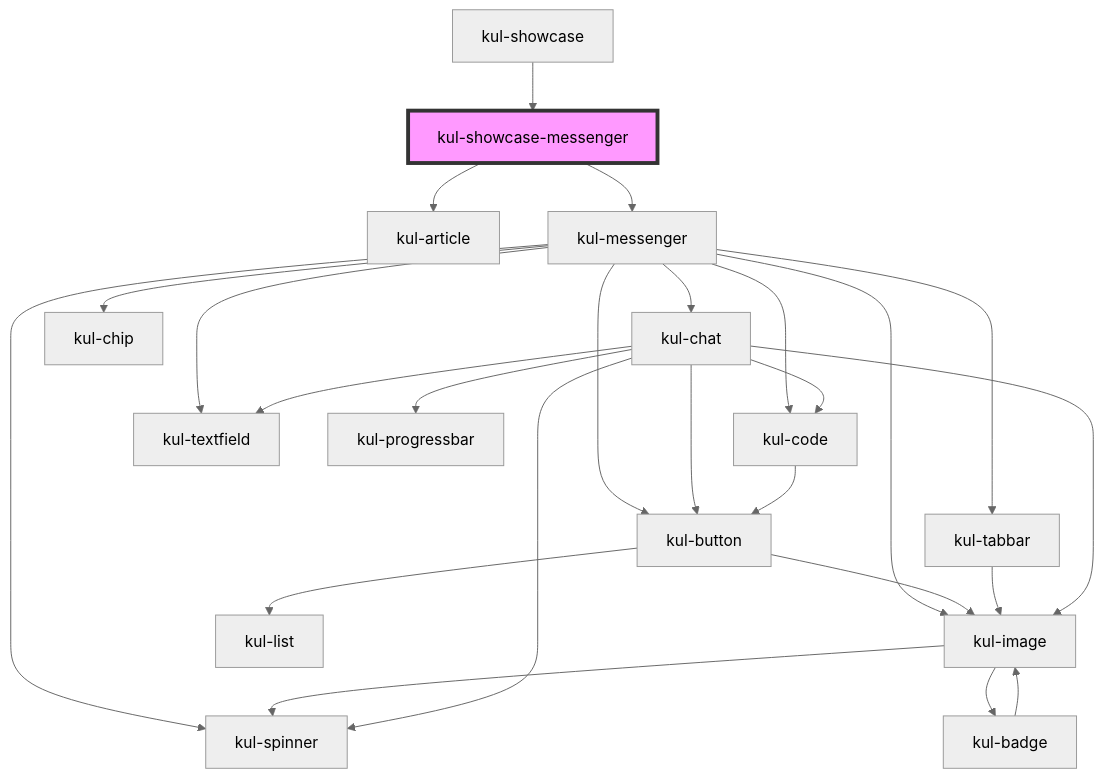
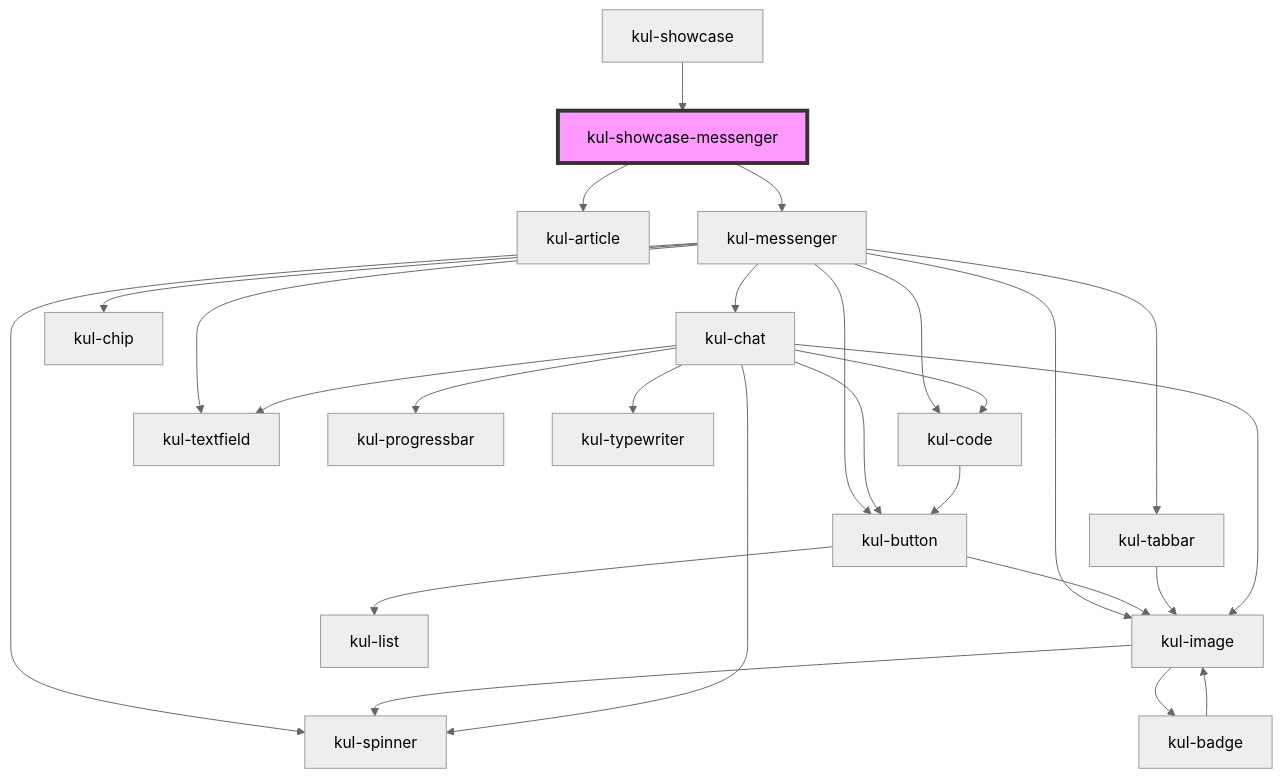
The diagram in packages/ketchup-lite/src/components/kul-showcase/components/messenger/readme.md (lucafoscili/ketchup-lite), drawn with Mermaid (neutral theme) before and after one commit. The commit also changed 12 other files, not shown here.

Commit message:
feat(chat): added typewriter effect to assistant messages

````diff
--- a/packages/ketchup-lite/src/components/kul-showcase/components/messenger/readme.md
+++ b/packages/ketchup-lite/src/components/kul-showcase/components/messenger/readme.md
@@ -28,28 +28,29 @@
 ```mermaid
 graph TD;
   kul-showcase-messenger --> kul-article
   kul-showcase-messenger --> kul-messenger
   kul-messenger --> kul-button
   kul-messenger --> kul-tabbar
   kul-messenger --> kul-chat
   kul-messenger --> kul-image
   kul-messenger --> kul-spinner
   kul-messenger --> kul-code
   kul-messenger --> kul-chip
   kul-messenger --> kul-textfield
   kul-button --> kul-image
   kul-button --> kul-list
   kul-image --> kul-spinner
   kul-image --> kul-badge
   kul-badge --> kul-image
   kul-tabbar --> kul-image
   kul-chat --> kul-spinner
   kul-chat --> kul-image
   kul-chat --> kul-button
   kul-chat --> kul-textfield
   kul-chat --> kul-progressbar
+  kul-chat --> kul-typewriter
   kul-chat --> kul-code
   kul-code --> kul-button
   kul-showcase --> kul-showcase-messenger
   style kul-showcase-messenger fill:#f9f,stroke:#333,stroke-width:4px
 ```
````
